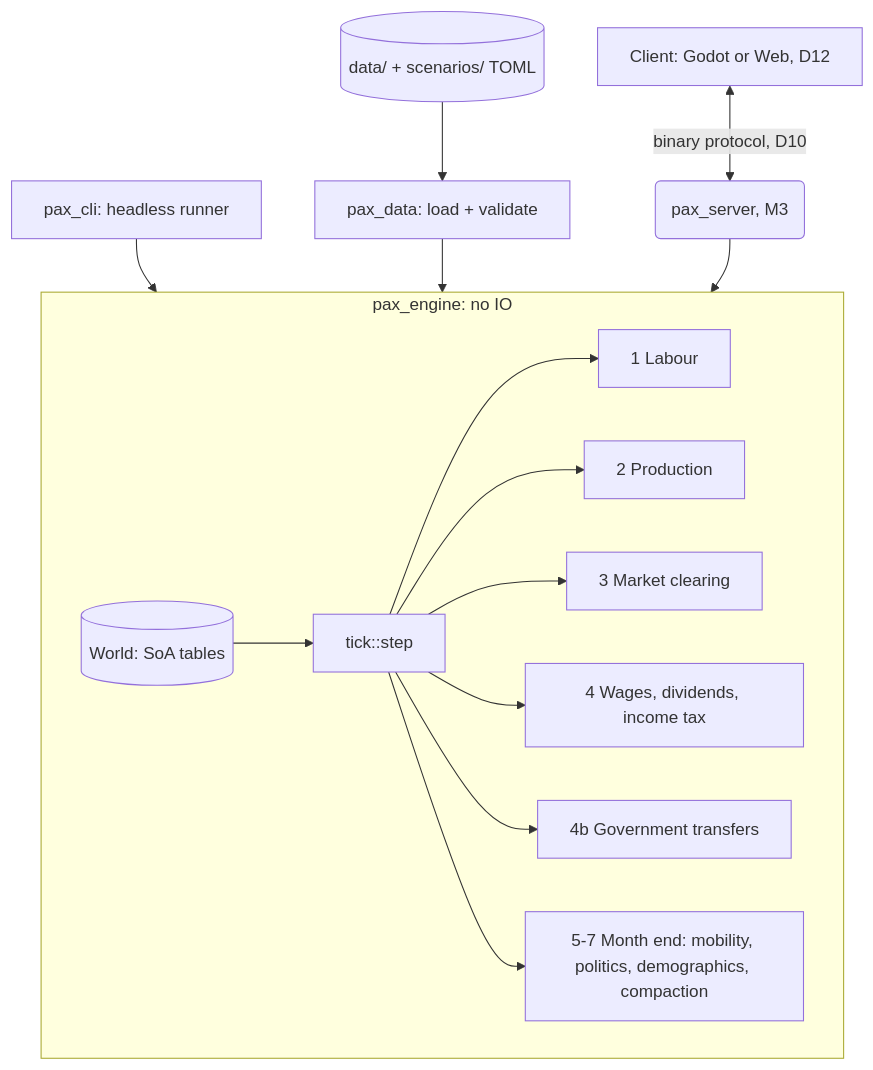
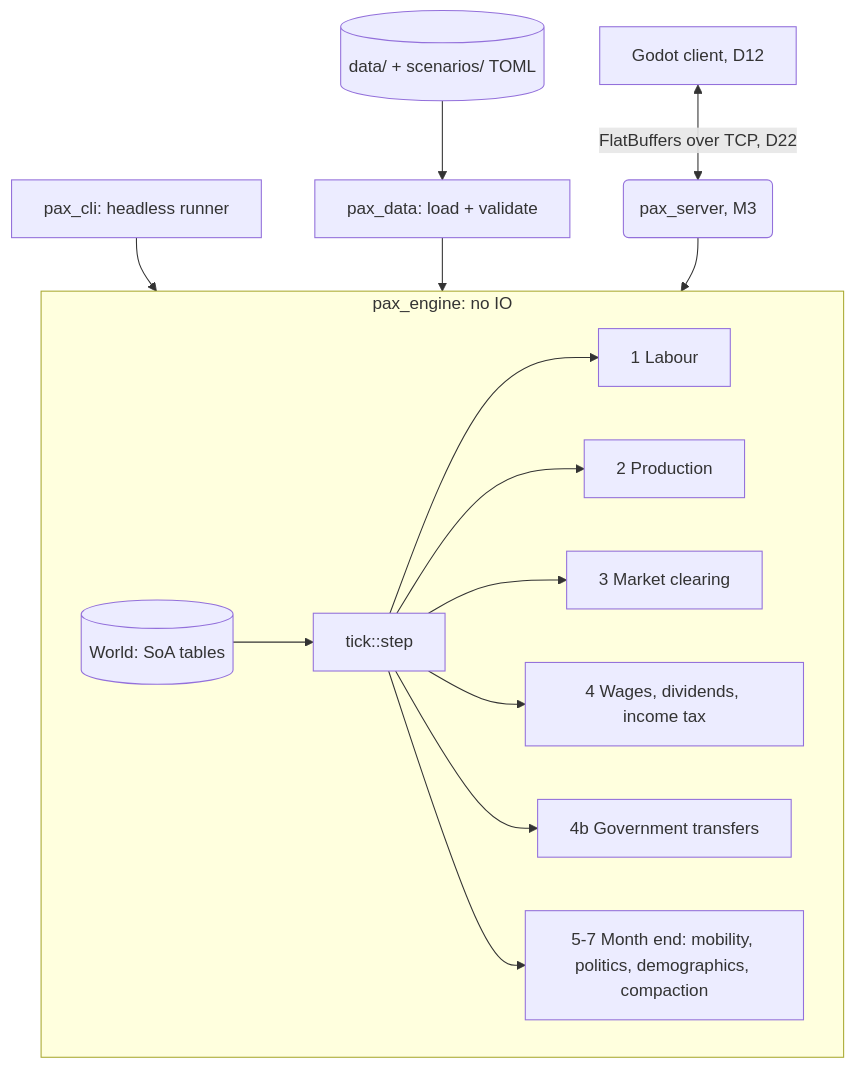
The first of 2 diagrams in docs/ARCHITECTURE.md (thomasclarkpersonal-sketch/Iron-and-Blood), drawn with Mermaid before and after one commit. The commit also changed 16 other files, not shown here.

First line of the commit message:
M3/M4 planning: protocol, schemas, decisions D12 and D22-D24; pax_server stub

````diff
--- a/docs/ARCHITECTURE.md
+++ b/docs/ARCHITECTURE.md
@@ -7,20 +7,20 @@
 ```mermaid
 flowchart TD
-    UI[Client: Godot or Web, D12] <-->|binary protocol, D10| Server(pax_server, M3)
+    UI[Godot client, D12] <-->|FlatBuffers over TCP, D22| Server(pax_server, M3)
     CLI[pax_cli: headless runner] --> Engine
     Data[(data/ + scenarios/ TOML)] --> Loader[pax_data: load + validate]
     Loader --> Engine
 
     subgraph Engine [pax_engine: no IO]
         World[(World: SoA tables)]
         World --> Step[tick::step]
         Step --> Labour[1 Labour]
         Step --> Production[2 Production]
         Step --> Market[3 Market clearing]
         Step --> Firms[4 Wages, dividends, income tax]
         Step --> Government[4b Government transfers]
         Step --> Monthly[5-7 Month end: mobility, politics, demographics, compaction]
     end
 
     Server --> Engine
 ```
````
